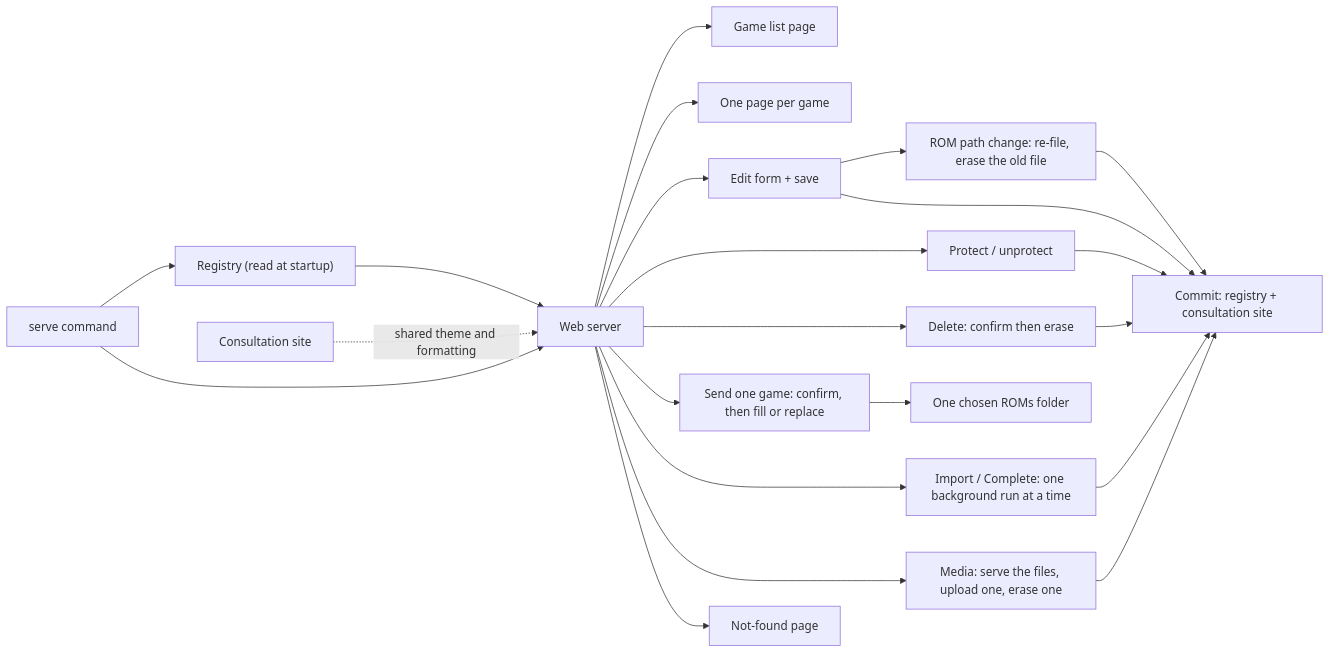
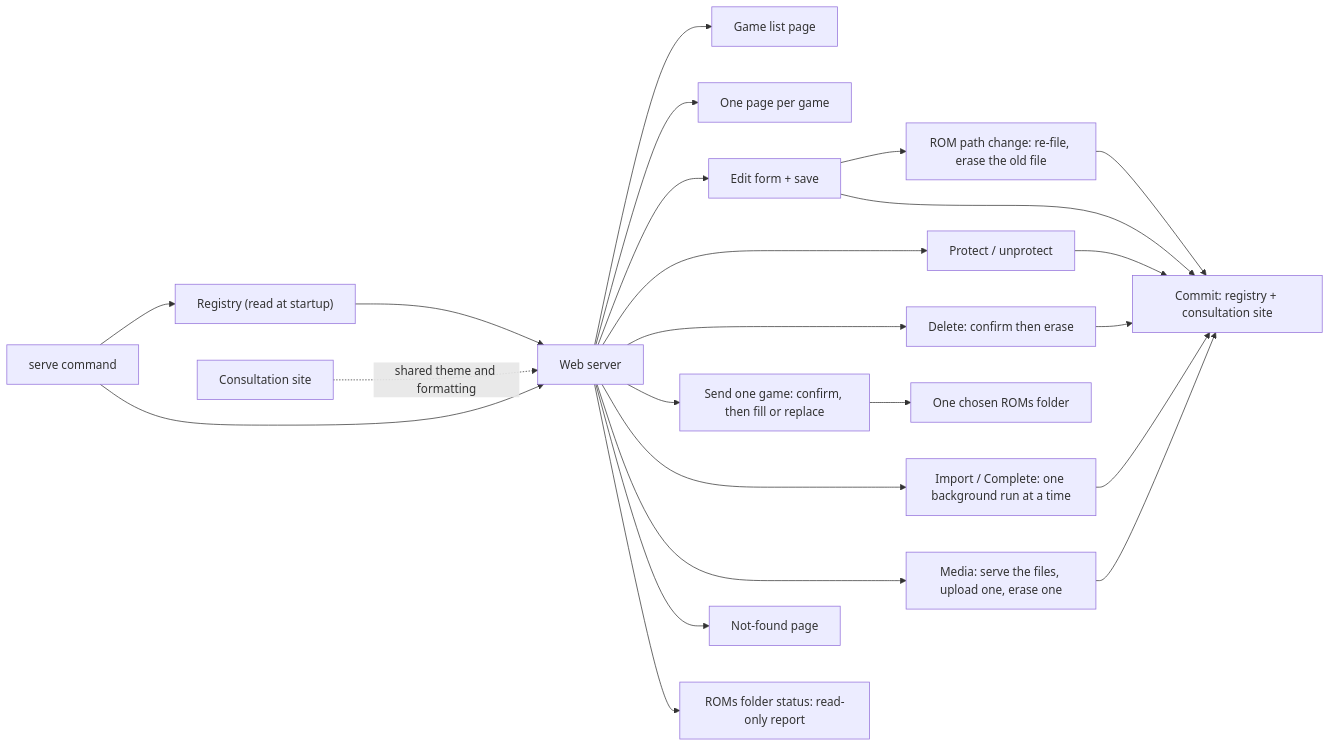
Before and after one commit to neolao/batocera-scrap-manager: the diagram in docs/architecture.md, drawn with Mermaid. The commit also changed other lines of this file and 15 other files, not shown here.

First line of the commit message:
feat: add a read-only status page per ROMs folder to the web UI

````diff
--- a/docs/architecture.md
+++ b/docs/architecture.md
@@ -64,24 +65,25 @@
 ```mermaid
 flowchart LR
   CLI["serve command"] --> REG["Registry (read at startup)"]
   CLI --> SRV["Web server"]
   REG --> SRV
   SRV --> LIST["Game list page"]
   SRV --> GAME["One page per game"]
   SRV --> EDIT["Edit form + save"]
   EDIT --> PATH["ROM path change: re-file, erase the old file"]
   PATH --> COMMIT
   SRV --> PROT["Protect / unprotect"]
   PROT --> COMMIT
   SRV --> DEL["Delete: confirm then erase"]
   DEL --> COMMIT
   SRV --> SEND["Send one game: confirm, then fill or replace"]
   SEND --> ROMS["One chosen ROMs folder"]
   SRV --> JOB["Import / Complete: one background run at a time"]
   JOB --> COMMIT
   SRV --> MEDIA["Media: serve the files, upload one, erase one"]
   MEDIA --> COMMIT
   SRV --> NF["Not-found page"]
+  SRV --> STATUS["ROMs folder status: read-only report"]
   EDIT --> COMMIT["Commit: registry + consultation site"]
   SITE["Consultation site"] -. shared theme and formatting .-> SRV
 ```
````
